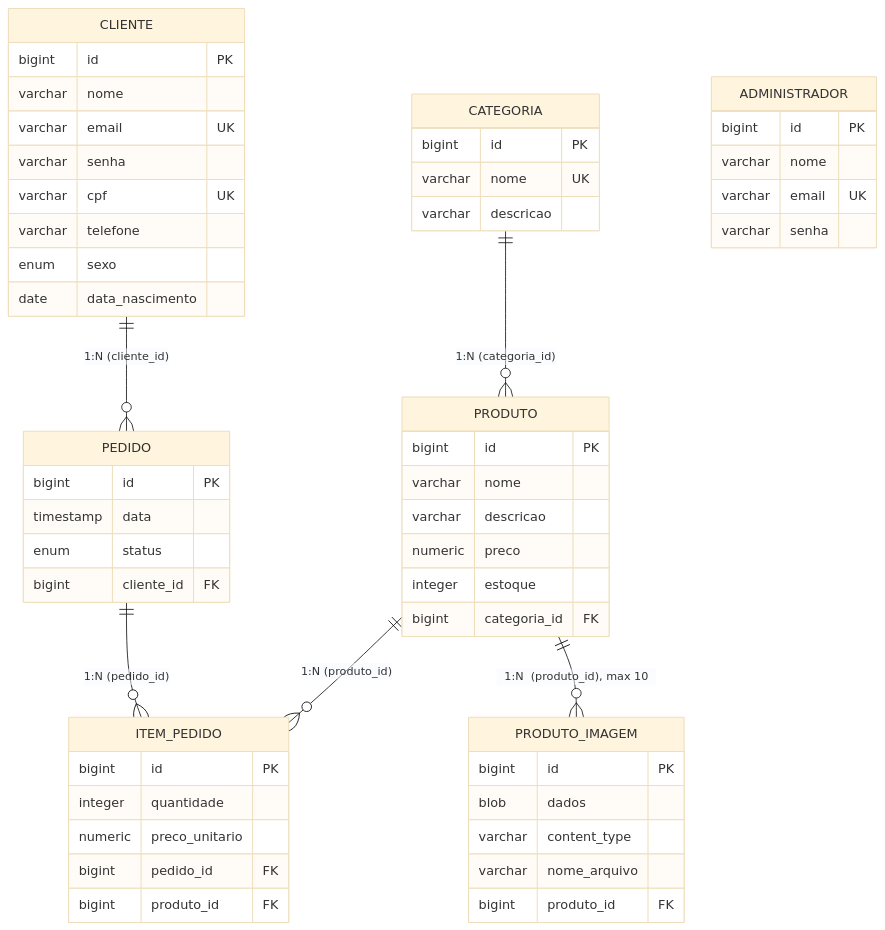
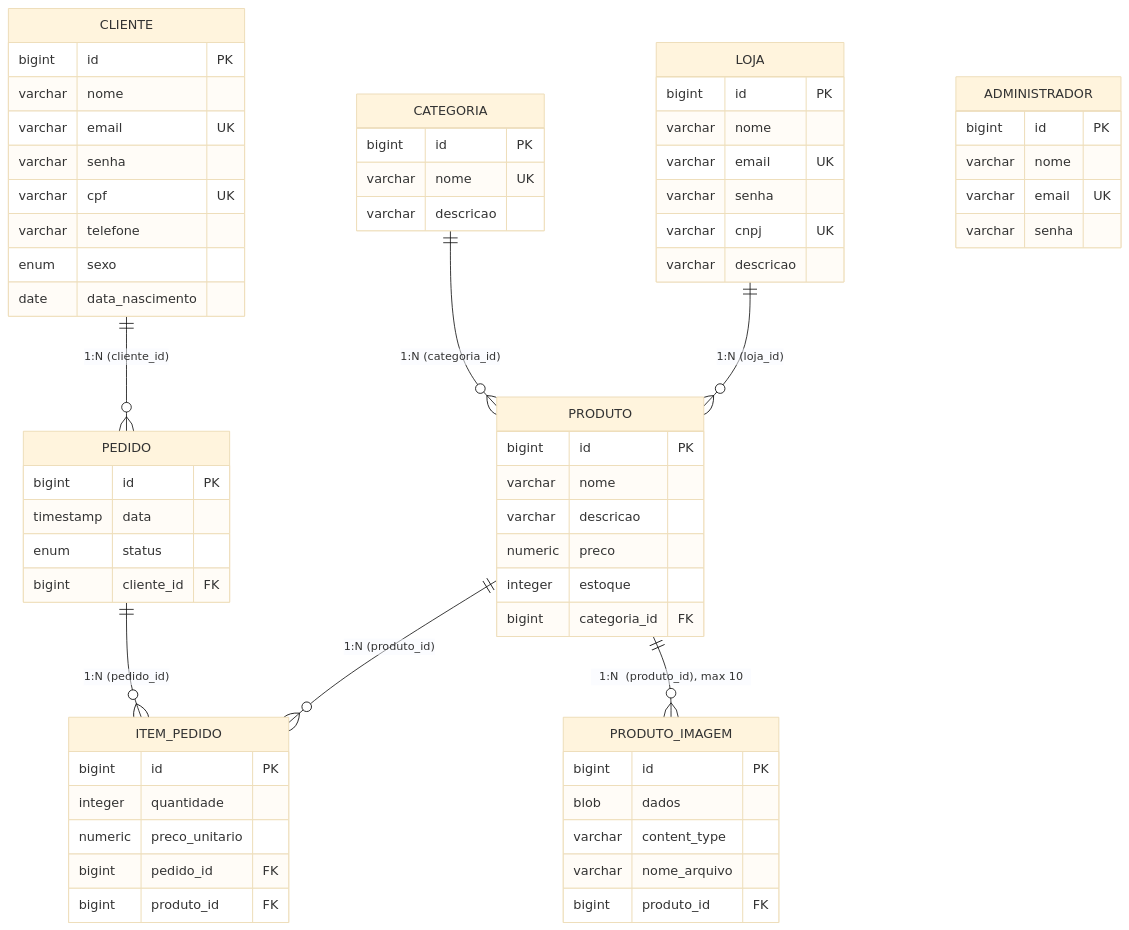
One commit to carlosamn-comp/loja-web changed the diagram in MAPEAMENTO-JPA.md. Above: the diagram before and after it, drawn with Mermaid (base theme). The commit also changed other lines of this file and 34 other files, not shown here.

````diff
--- a/MAPEAMENTO-JPA.md
+++ b/MAPEAMENTO-JPA.md
@@ -10,58 +10,67 @@
 ```mermaid
 erDiagram
     CATEGORIA  ||--o{ PRODUTO         : "1:N  (categoria_id)"
+    LOJA       ||--o{ PRODUTO         : "1:N  (loja_id)"
     CLIENTE    ||--o{ PEDIDO          : "1:N  (cliente_id)"
     PEDIDO     ||--o{ ITEM_PEDIDO     : "1:N  (pedido_id)"
     PRODUTO    ||--o{ ITEM_PEDIDO     : "1:N  (produto_id)"
     PRODUTO    ||--o{ PRODUTO_IMAGEM  : "1:N  (produto_id), max 10"
 
     ADMINISTRADOR {
         bigint id PK
         varchar nome
         varchar email UK
         varchar senha
+    }
+    LOJA {
+        bigint id PK
+        varchar nome
+        varchar email UK
+        varchar senha
+        varchar cnpj UK
+        varchar descricao
     }
     CLIENTE {
         bigint id PK
         varchar nome
         varchar email UK
         varchar senha
         varchar cpf UK
         varchar telefone
         enum sexo
         date data_nascimento
     }
     CATEGORIA {
         bigint id PK
         varchar nome UK
         varchar descricao
     }
     PRODUTO {
         bigint id PK
         varchar nome
         varchar descricao
         numeric preco
         integer estoque
         bigint categoria_id FK
     }
     PEDIDO {
         bigint id PK
         timestamp data
         enum status
         bigint cliente_id FK
     }
     ITEM_PEDIDO {
         bigint id PK
         integer quantidade
         numeric preco_unitario
         bigint pedido_id FK
         bigint produto_id FK
     }
     PRODUTO_IMAGEM {
         bigint id PK
         blob dados
         varchar content_type
         varchar nome_arquivo
         bigint produto_id FK
     }
 ```
````
